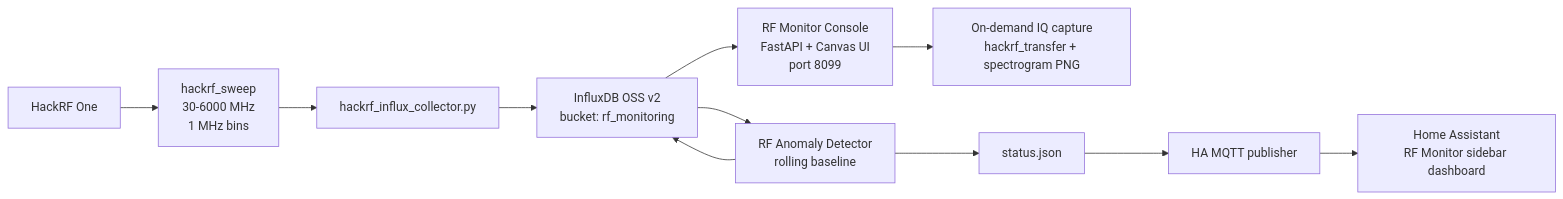
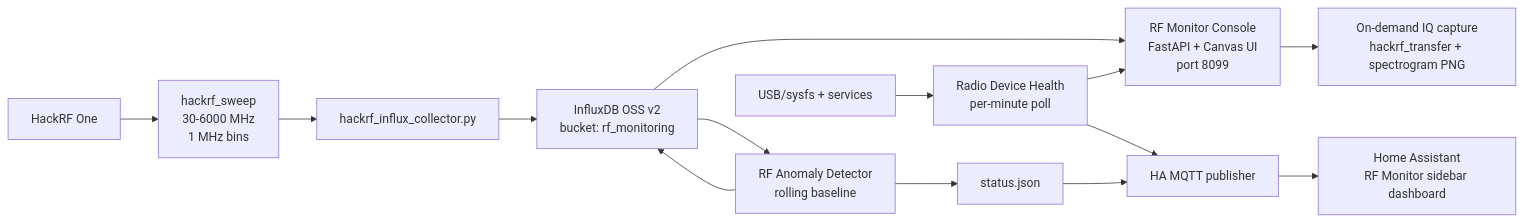
Before and after one commit to cmilkosky/linuxgr-rf-monitor: the first of 2 diagrams in README.md, drawn with Mermaid. The commit also changed other lines of this file and 8 other files, not shown here.

Commit message:
Expand RF monitor deployment and radio health tooling

````diff
--- a/README.md
+++ b/README.md
@@ -18,13 +18,16 @@
 ```mermaid
 flowchart LR
     HackRF["HackRF One"] --> Sweep["hackrf_sweep<br/>30-6000 MHz<br/>1 MHz bins"]
     Sweep --> Collector["hackrf_influx_collector.py"]
     Collector --> Influx["InfluxDB OSS v2<br/>bucket: rf_monitoring"]
     Influx --> Console["RF Monitor Console<br/>FastAPI + Canvas UI<br/>port 8099"]
     Console --> Capture["On-demand IQ capture<br/>hackrf_transfer + spectrogram PNG"]
     Influx --> Detector["RF Anomaly Detector<br/>rolling baseline"]
     Detector --> Influx
     Detector --> Status["status.json"]
     Status --> HAPub["HA MQTT publisher"]
+    USB["USB/sysfs + services"] --> RadioHealth["Radio Device Health<br/>per-minute poll"]
+    RadioHealth --> Console
+    RadioHealth --> HAPub
     HAPub --> HA["Home Assistant<br/>RF Monitor sidebar dashboard"]
 ```
````
